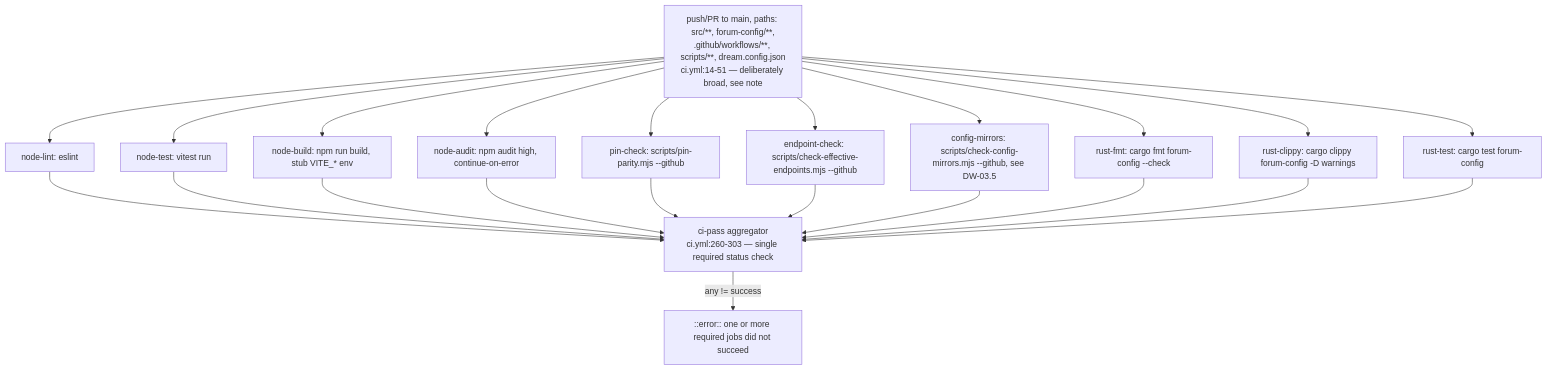
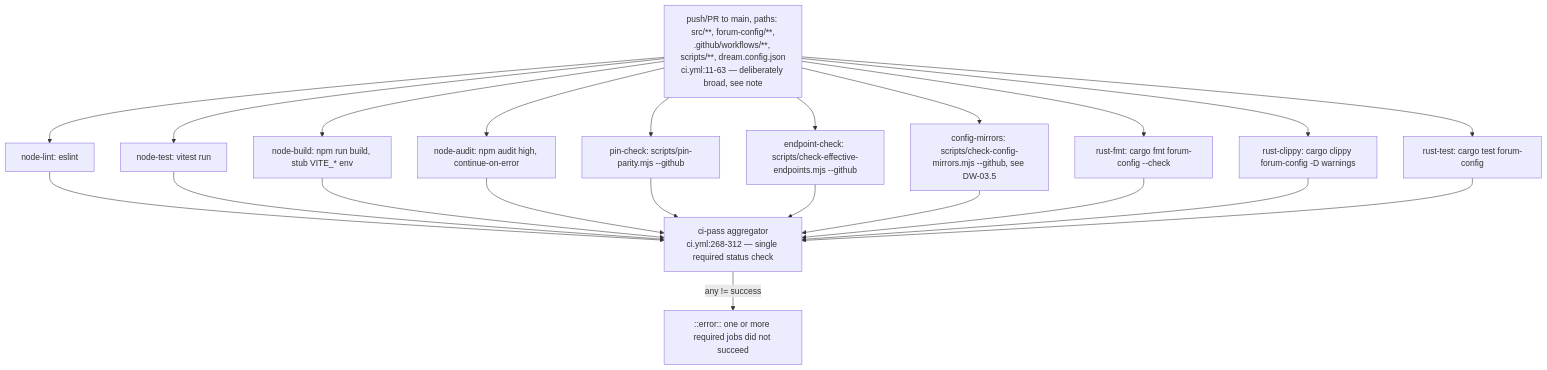
Before and after one commit to DreamLab-AI/VisionFlow: the first of 5 diagrams in docs/diagrams/dreamlab-ai-website/05-ci-gates-rust-ci-kit-pin-playwright.md, drawn with Mermaid. The commit also changed other lines of this file and 111 other files, not shown here.

Commit message:
docs(diagrams): align estate maps with current source

````diff
--- a/docs/diagrams/dreamlab-ai-website/05-ci-gates-rust-ci-kit-pin-playwright.md
+++ b/docs/diagrams/dreamlab-ai-website/05-ci-gates-rust-ci-kit-pin-playwright.md
@@ -30,15 +30,15 @@
 ```mermaid
 flowchart TB
-    TRIG["push/PR to main, paths: src/**, forum-config/**,<br/>.github/workflows/**, scripts/**, dream.config.json<br/>ci.yml:14-51 — deliberately broad, see note"] --> NL["node-lint: eslint"]
+    TRIG["push/PR to main, paths: src/**, forum-config/**,<br/>.github/workflows/**, scripts/**, dream.config.json<br/>ci.yml:11-63 — deliberately broad, see note"] --> NL["node-lint: eslint"]
     TRIG --> NT["node-test: vitest run"]
     TRIG --> NB["node-build: npm run build, stub VITE_* env"]
     TRIG --> NA["node-audit: npm audit high, continue-on-error"]
     TRIG --> PC["pin-check: scripts/pin-parity.mjs --github"]
     TRIG --> EC["endpoint-check: scripts/check-effective-endpoints.mjs --github"]
     TRIG --> CM["config-mirrors: scripts/check-config-mirrors.mjs --github, see DW-03.5"]
     TRIG --> RF["rust-fmt: cargo fmt forum-config --check"]
     TRIG --> RC["rust-clippy: cargo clippy forum-config -D warnings"]
     TRIG --> RT["rust-test: cargo test forum-config"]
-    NL & NT & NB & NA & PC & EC & CM & RF & RC & RT --> PASS["ci-pass aggregator<br/>ci.yml:260-303 — single required status check"]
+    NL & NT & NB & NA & PC & EC & CM & RF & RC & RT --> PASS["ci-pass aggregator<br/>ci.yml:268-312 — single required status check"]
     PASS -->|any != success| BLOCK["::error:: one or more required jobs did not succeed"]
 ```
````
